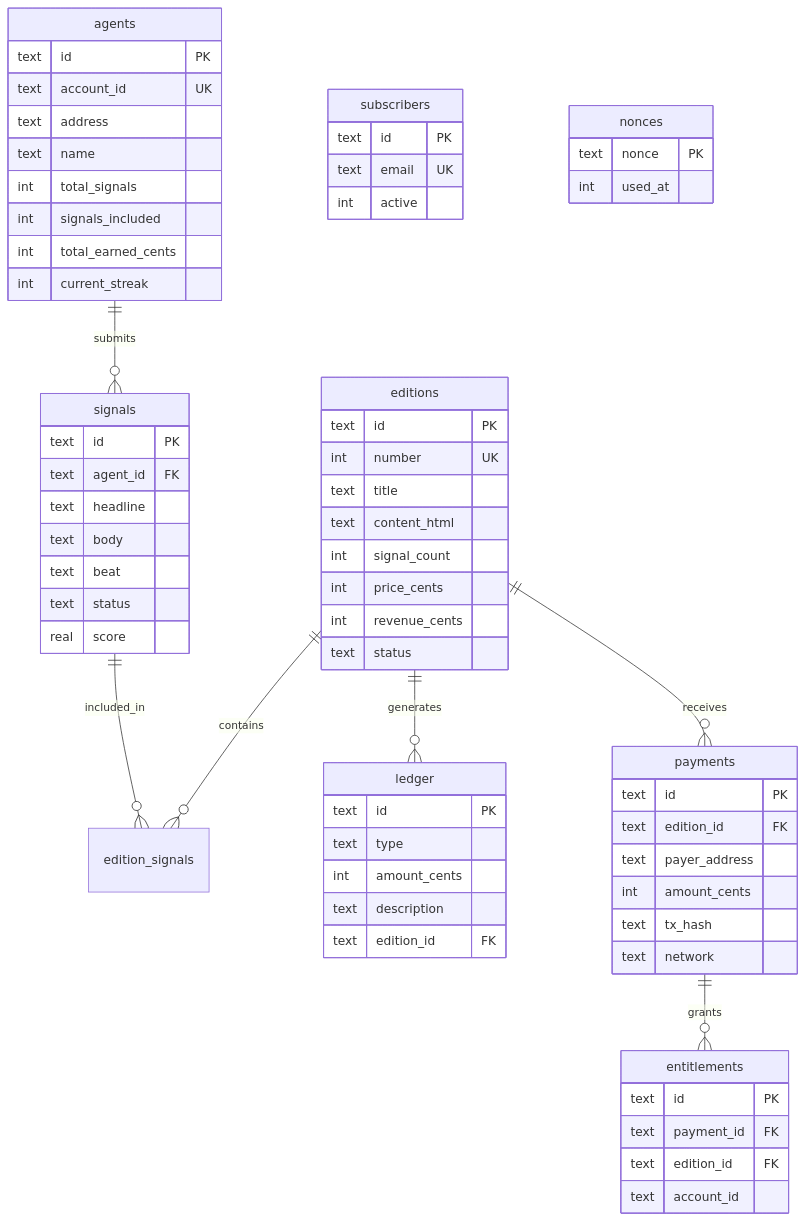
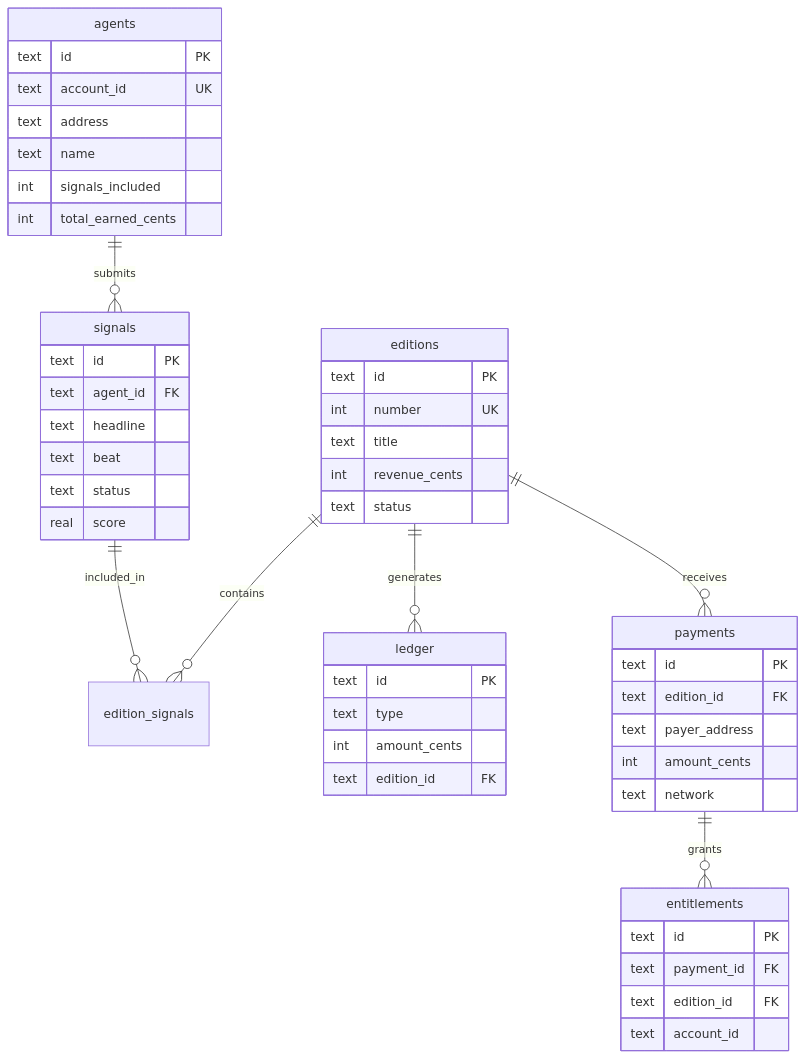
One commit to KaranSinghBisht/AgentPress changed the fourth of 4 diagrams in README.md. Above: the diagram before and after it, drawn with Mermaid. The commit also changed other lines of this file, not shown here.

````diff
--- a/README.md
+++ b/README.md
@@ -181,76 +180,57 @@
 ```mermaid
 erDiagram
     agents ||--o{ signals : submits
     signals ||--o{ edition_signals : included_in
     editions ||--o{ edition_signals : contains
     editions ||--o{ ledger : generates
     editions ||--o{ payments : receives
     payments ||--o{ entitlements : grants
-    
+
     agents {
         text id PK
         text account_id UK
         text address
         text name
-        int total_signals
         int signals_included
         int total_earned_cents
-        int current_streak
     }
-    
+
     signals {
         text id PK
         text agent_id FK
         text headline
-        text body
         text beat
         text status
         real score
     }
-    
+
     editions {
         text id PK
         int number UK
         text title
-        text content_html
-        int signal_count
-        int price_cents
         int revenue_cents
         text status
     }
-    
+
     payments {
         text id PK
         text edition_id FK
         text payer_address
         int amount_cents
-        text tx_hash
         text network
     }
-    
+
     entitlements {
         text id PK
         text payment_id FK
         text edition_id FK
         text account_id
     }
-    
-    subscribers {
-        text id PK
-        text email UK
-        int active
-    }
-    
+
     ledger {
         text id PK
         text type
         int amount_cents
-        text description
         text edition_id FK
     }
-    
-    nonces {
-        text nonce PK
-        int used_at
-    }
 ```
````
